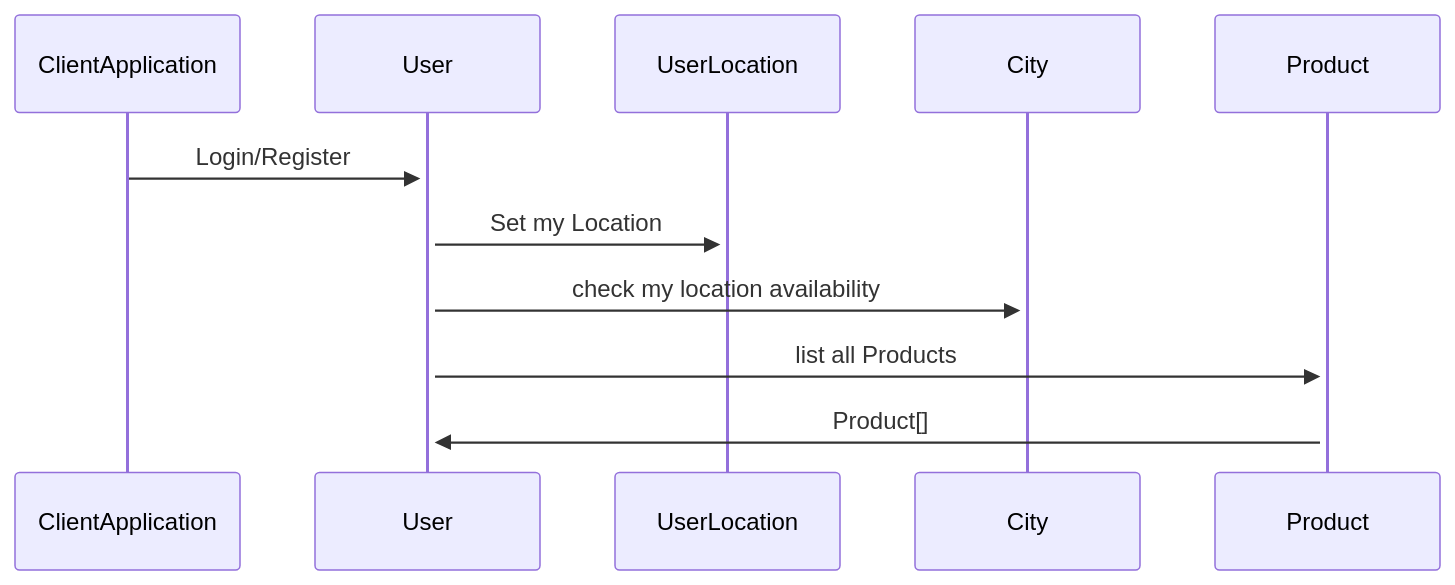
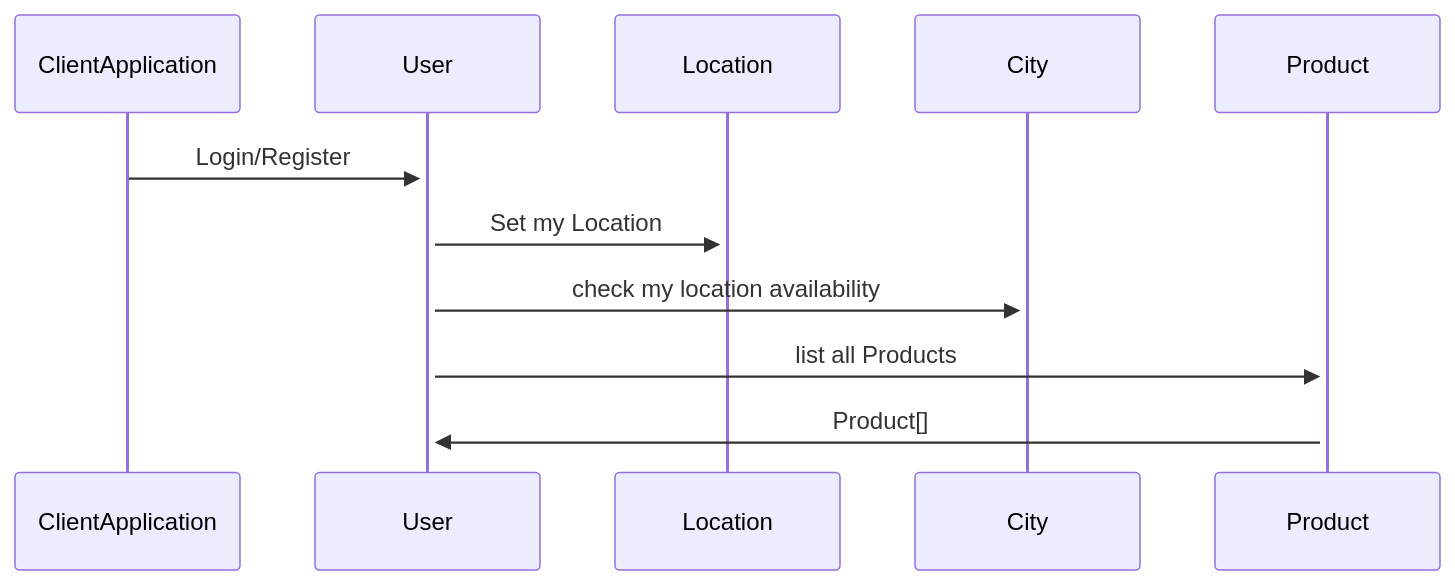
One commit to joussin/api_allopico_old changed the second of 6 diagrams in readme.md. Above: the diagram before and after it, drawn with Mermaid. The commit also changed other lines of this file, not shown here.

````diff
--- a/readme.md
+++ b/readme.md
@@ -161,13 +183,13 @@
 ```mermaid
 sequenceDiagram
 
 ClientApplication->>+User: Login/Register
 
-User->>+UserLocation: Set my Location
+User->>+Location: Set my Location
 
 User->>+City: check my location availability
 
 User->>+Product: list all Products
 
 Product->>+User: Product[]
 ```
````
